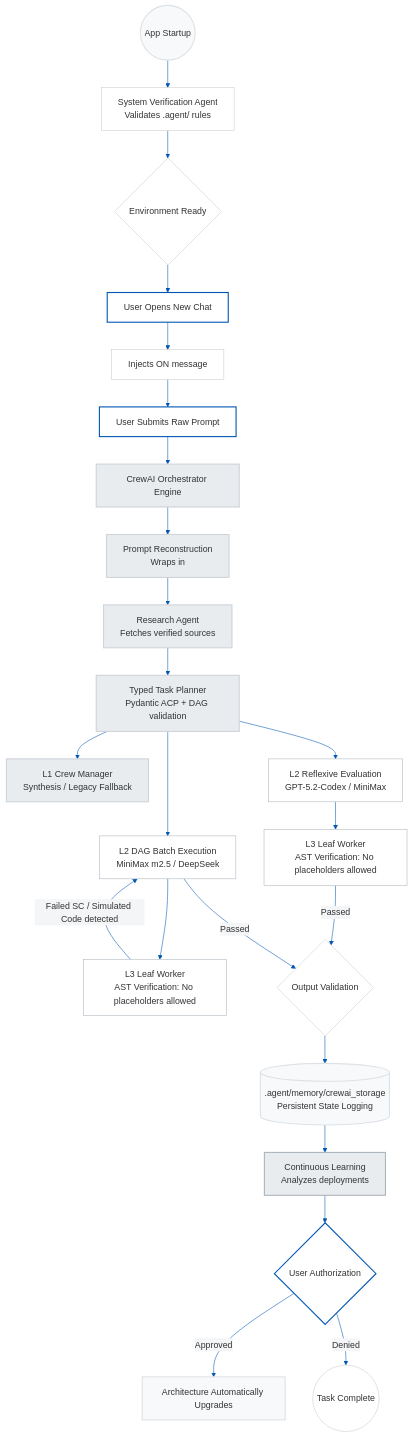
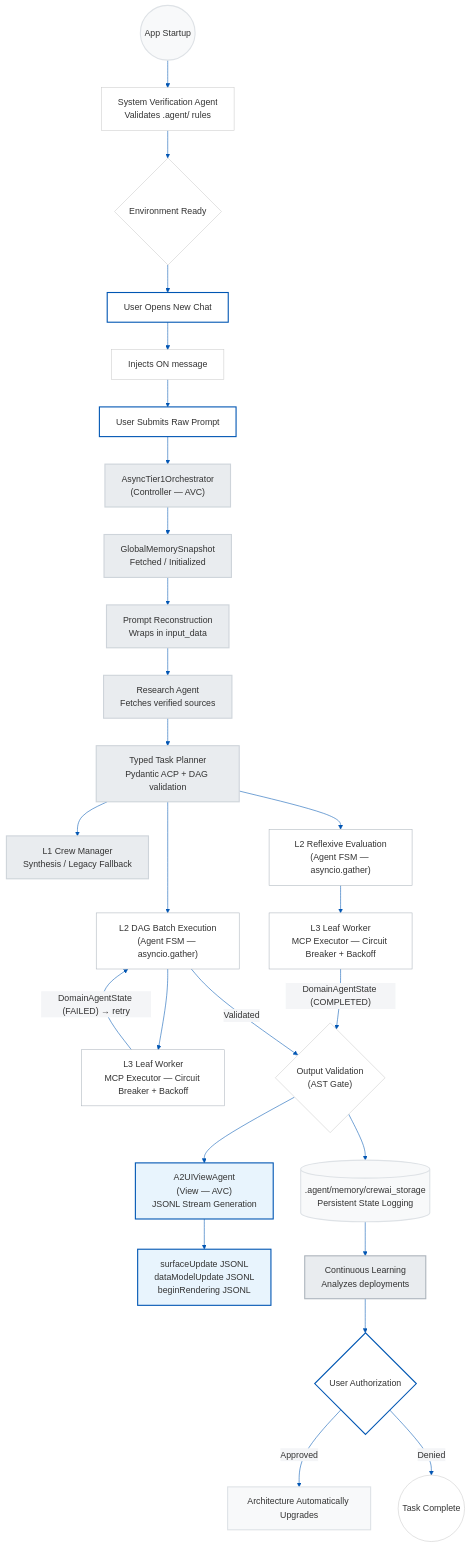
Before and after one commit to Victordtesla24/3-tier-multi-agent-architecture: the seventh of 8 diagrams in README.md, drawn with Mermaid. The commit also changed other lines of this file and 50 other files, not shown here.

````diff
--- a/README.md
+++ b/README.md
@@ -187,47 +473,44 @@
 ```mermaid
 %%{init: {'theme': 'base', 'themeVariables': { 'primaryColor': '#ffffff', 'primaryTextColor': '#333333', 'primaryBorderColor': '#cccccc', 'lineColor': '#0056b3', 'secondaryColor': '#f4f5f7', 'tertiaryColor': '#e1e4e8'}}}%%
 flowchart TD
-    %% Executive Styling
     classDef user fill:#ffffff,stroke:#0056b3,stroke-width:2px,color:#333333;
     classDef init fill:#f8f9fa,stroke:#dee2e6,stroke-width:2px,color:#333333;
     classDef core fill:#e9ecef,stroke:#ced4da,stroke-width:2px,color:#333333;
     classDef worker fill:#ffffff,stroke:#adb5bd,stroke-width:1px,color:#333333;
     classDef storage fill:#f8f9fa,stroke:#dee2e6,stroke-width:2px,color:#333333;
     classDef review fill:#e9ecef,stroke:#adb5bd,stroke-width:2px,color:#333333;
+    classDef view fill:#e8f4fd,stroke:#0056b3,stroke-width:2px,color:#333333;
 
-    %% Global Initialization
     START(("App Startup")):::init --> VERIFY["System Verification Agent<br/>Validates .agent/ rules"]
     VERIFY --> READY{"Environment Ready"}
 
-    %% User Interaction
     NEW_CHAT["User Opens New Chat"]:::user --> MSG["Injects ON message"]
     READY --> NEW_CHAT
     MSG --> PROMPT["User Submits Raw Prompt"]:::user
 
-    %% Engine execution (State Machine -> CrewAI Orchestrator)
-    PROMPT --> ORCHESTRATOR["CrewAI Orchestrator Engine"]:::core
+    PROMPT --> ORCHESTRATOR["AsyncTier1Orchestrator<br/>(Controller — AVC)"]:::core
     
-    %% Pipeline Execution
-    ORCHESTRATOR --> RECONSTRUCT["Prompt Reconstruction<br/>Wraps in <input_data>"]:::core
+    ORCHESTRATOR --> MEMORY_SNAP["GlobalMemorySnapshot<br/>Fetched / Initialized"]:::core
+    MEMORY_SNAP --> RECONSTRUCT["Prompt Reconstruction<br/>Wraps in input_data"]:::core
     RECONSTRUCT --> RESEARCH["Research Agent<br/>Fetches verified sources"]:::core
     RESEARCH --> PLAN["Typed Task Planner<br/>Pydantic ACP + DAG validation"]:::core
     PLAN --> L1["L1 Crew Manager<br/>Synthesis / Legacy Fallback"]:::core
-    
-    %% L2 / L3 Delegation
-    PLAN --> L2_A["L2 DAG Batch Execution<br/>MiniMax m2.5 / DeepSeek"]:::worker
-    PLAN --> L2_B["L2 Reflexive Evaluation<br/>GPT-5.2-Codex / MiniMax"]:::worker
-    L2_A --> L3_A["L3 Leaf Worker<br/>AST Verification: No placeholders allowed"]:::worker
-    L2_B --> L3_B["L3 Leaf Worker<br/>AST Verification: No placeholders allowed"]:::worker
 
-    %% Feedback loop
-    L3_A -- Failed SC / Simulated Code detected --> L2_A
-    L3_B -- Passed --> VALIDATION{"Output Validation"}
-    L2_A -- Passed --> VALIDATION
+    PLAN --> L2_A["L2 DAG Batch Execution<br/>(Agent FSM — asyncio.gather)"]:::worker
+    PLAN --> L2_B["L2 Reflexive Evaluation<br/>(Agent FSM — asyncio.gather)"]:::worker
+    L2_A --> L3_A["L3 Leaf Worker<br/>MCP Executor — Circuit Breaker + Backoff"]:::worker
+    L2_B --> L3_B["L3 Leaf Worker<br/>MCP Executor — Circuit Breaker + Backoff"]:::worker
 
-    %% Memory and Post-processing
+    L3_A -- "DomainAgentState (FAILED) → retry" --> L2_A
+    L3_B -- "DomainAgentState (COMPLETED)" --> VALIDATION{"Output Validation<br/>(AST Gate)"}
+    L2_A -- "Validated" --> VALIDATION
+
+    VALIDATION --> VIEW["A2UIViewAgent<br/>(View — AVC)<br/>JSONL Stream Generation"]:::view
+    VIEW --> JSONL["surfaceUpdate JSONL<br/>dataModelUpdate JSONL<br/>beginRendering JSONL"]:::view
+
     VALIDATION --> MEMORY[(".agent/memory/crewai_storage<br/>Persistent State Logging")]:::storage
     MEMORY --> LEARNING["Continuous Learning<br/>Analyzes deployments"]:::review
     LEARNING --> APPROVAL{User Authorization}:::user
     APPROVAL -- "Approved" --> UPDATE[Architecture Automatically Upgrades]:::init
     APPROVAL -- "Denied" --> END((Task Complete))
 ```
````
